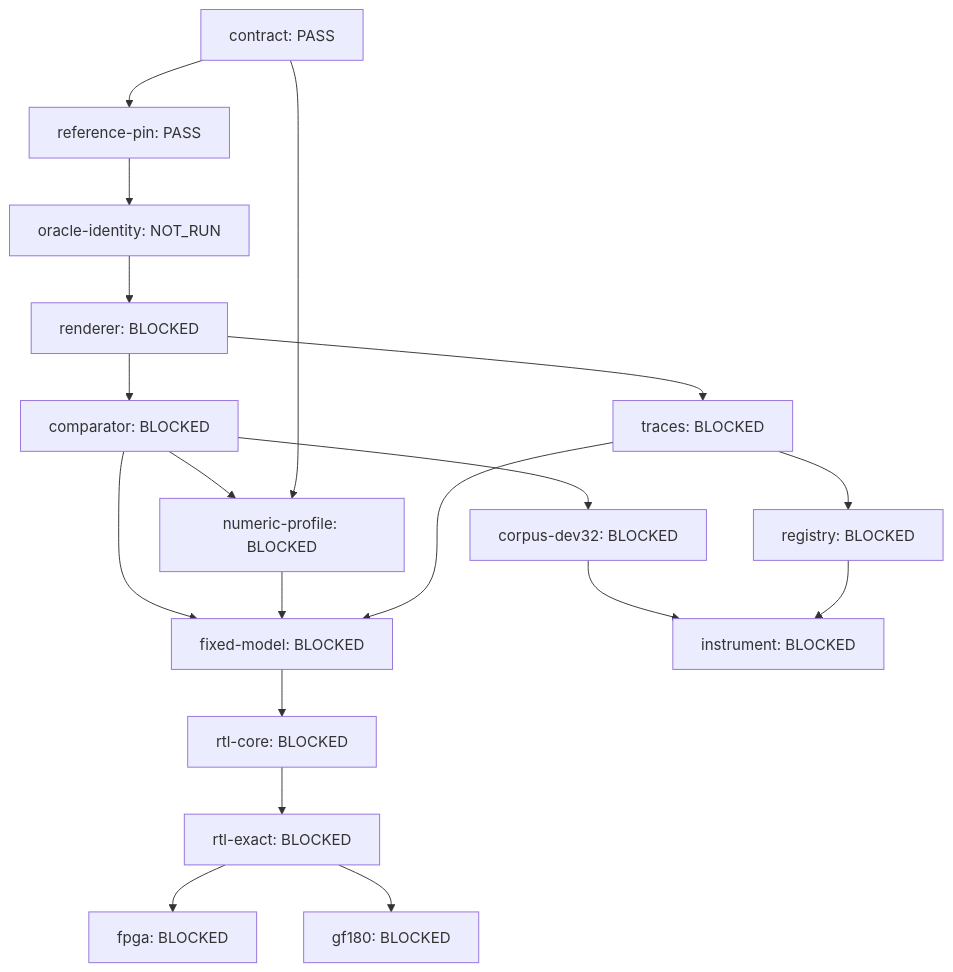
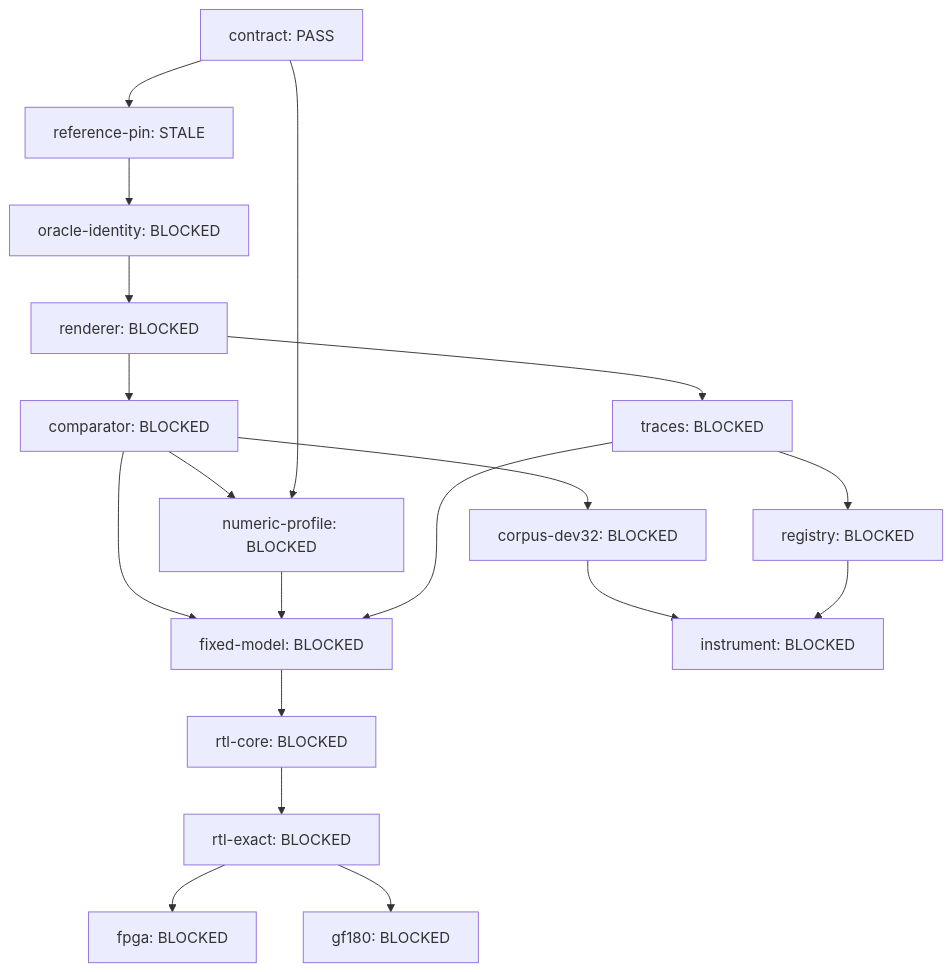
Before and after one commit to 2AMLogic/gf180-dx7: the diagram in docs/CAPABILITIES.md, drawn with Mermaid. The commit also changed other lines of this file and 13 other files, not shown here.

````diff
--- a/docs/CAPABILITIES.md
+++ b/docs/CAPABILITIES.md
@@ -27,36 +27,36 @@
 ```mermaid
 graph TD
   n0["comparator: BLOCKED"]
   n1["contract: PASS"]
   n2["corpus-dev32: BLOCKED"]
   n3["fixed-model: BLOCKED"]
   n4["fpga: BLOCKED"]
   n5["gf180: BLOCKED"]
   n6["instrument: BLOCKED"]
   n7["numeric-profile: BLOCKED"]
-  n8["oracle-identity: NOT_RUN"]
-  n9["reference-pin: PASS"]
+  n8["oracle-identity: BLOCKED"]
+  n9["reference-pin: STALE"]
   n10["registry: BLOCKED"]
   n11["renderer: BLOCKED"]
   n12["rtl-core: BLOCKED"]
   n13["rtl-exact: BLOCKED"]
   n14["traces: BLOCKED"]
   n11 --> n0
   n0 --> n2
   n0 --> n3
   n7 --> n3
   n14 --> n3
   n13 --> n4
   n13 --> n5
   n2 --> n6
   n10 --> n6
   n0 --> n7
   n1 --> n7
   n9 --> n8
   n1 --> n9
   n14 --> n10
   n8 --> n11
   n3 --> n12
   n12 --> n13
   n11 --> n14
 ```
````
